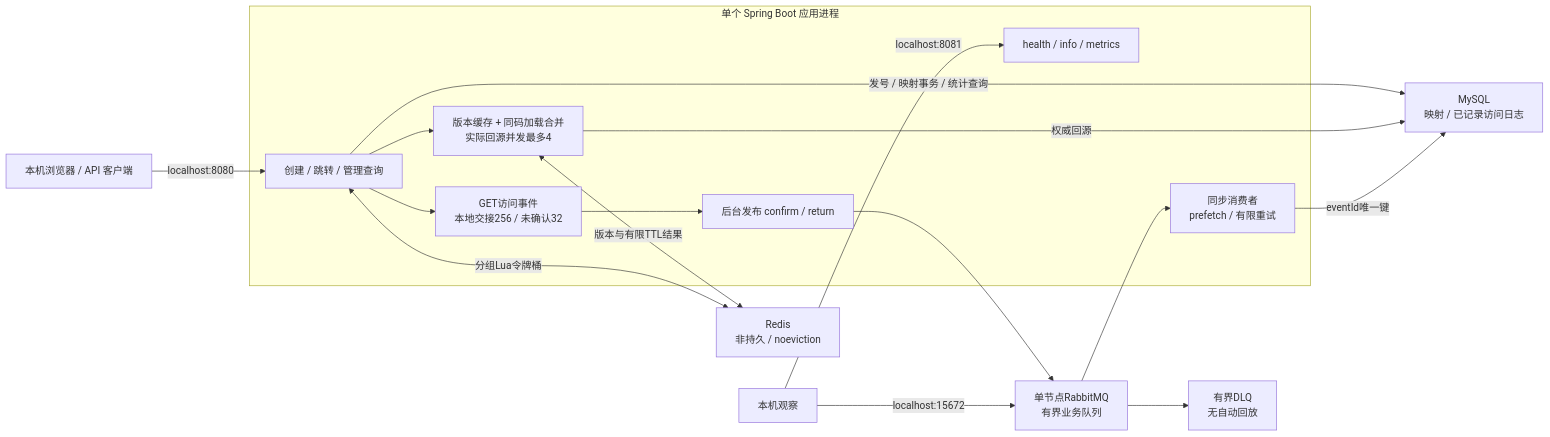
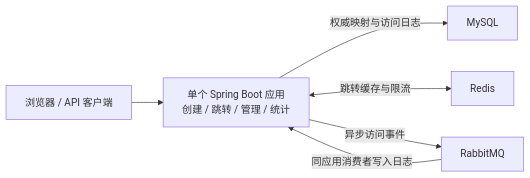
Before and after one commit to yjhaes/Link: the diagram in README.md, drawn with Mermaid. The commit also changed other lines of this file and 75 other files, not shown here.

Commit message:
Document architecture, hardening, and feature plans

````diff
--- a/README.md
+++ b/README.md
@@ -13,31 +28,8 @@
 ```mermaid
 flowchart LR
-    U[本机浏览器 / API 客户端] -->|localhost:8080| HTTP
-    O[本机观察] -->|localhost:8081| ACT
-    O -->|localhost:15672| MQ
-    subgraph APP[单个 Spring Boot 应用进程]
-      HTTP[创建 / 跳转 / 管理查询]
-      ACT[health / info / metrics]
-      LOAD[版本缓存 + 同码加载合并
-实际回源并发最多4]
-      HAND[GET访问事件
-本地交接256 / 未确认32]
-      PUB[后台发布 confirm / return]
-      CON[同步消费者
-prefetch / 有限重试]
-      HTTP --> LOAD
-      HTTP --> HAND --> PUB
-    end
-    HTTP -->|发号 / 映射事务 / 统计查询| DB
-    LOAD -->|权威回源| DB
-    LOAD <-->|版本与有限TTL结果| REDIS
-    HTTP <-->|分组Lua令牌桶| REDIS
-    PUB --> MQ[单节点RabbitMQ
-有界业务队列]
-    MQ --> CON -->|eventId唯一键| DB[MySQL
-映射 / 已记录访问日志]
-    MQ --> DLQ[有界DLQ
-无自动回放]
-    REDIS[Redis
-非持久 / noeviction]
+    U[浏览器 / API 客户端] --> APP[单个 Spring Boot 应用\n创建 / 跳转 / 管理 / 统计]
+    APP -->|权威映射与访问日志| DB[MySQL]
+    APP <-->|跳转缓存与限流| R[Redis]
+    APP -->|异步访问事件| MQ[RabbitMQ]
+    MQ -->|同应用消费者写入日志| APP
 ```
````
